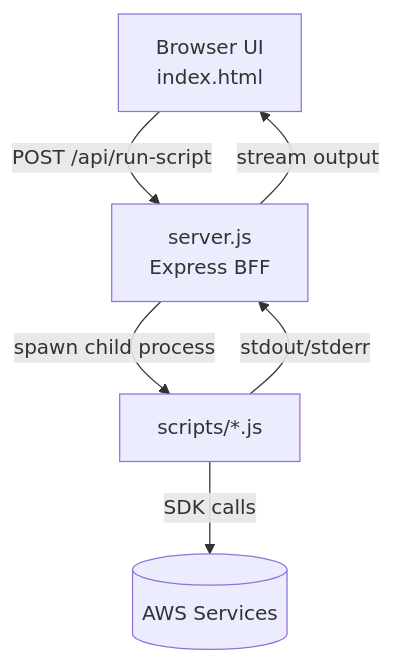
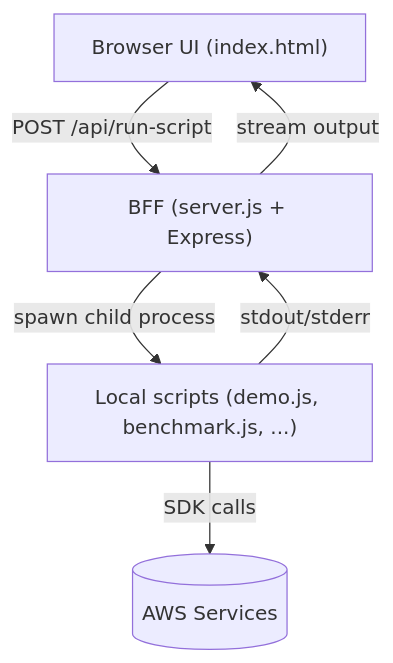
Before and after one commit to pchinjr/devil-you-nosql: the fourth of 4 diagrams in README.md, drawn with Mermaid. The commit also changed other lines of this file, not shown here.

````diff
--- a/README.md
+++ b/README.md
@@ -117,15 +118,13 @@
 ```mermaid
 flowchart TD
-    BrowserUI[Browser UI
-    index.html]
-    ExpressBFF[server.js
-    Express BFF]
-    Scripts[scripts/*.js]
-    AWS[(AWS Services)]
+    BrowserUI["Browser UI (index.html)"]
+    ExpressBFF["BFF (server.js + Express)"]
+    Scripts["Local scripts (demo.js, benchmark.js, ...)"]
+    AWS[("AWS Services")]
 
     BrowserUI -->|POST /api/run-script| ExpressBFF
     ExpressBFF -->|spawn child process| Scripts
     Scripts -->|SDK calls| AWS
     Scripts -->|stdout/stderr| ExpressBFF
     ExpressBFF -->|stream output| BrowserUI
 ```
````
